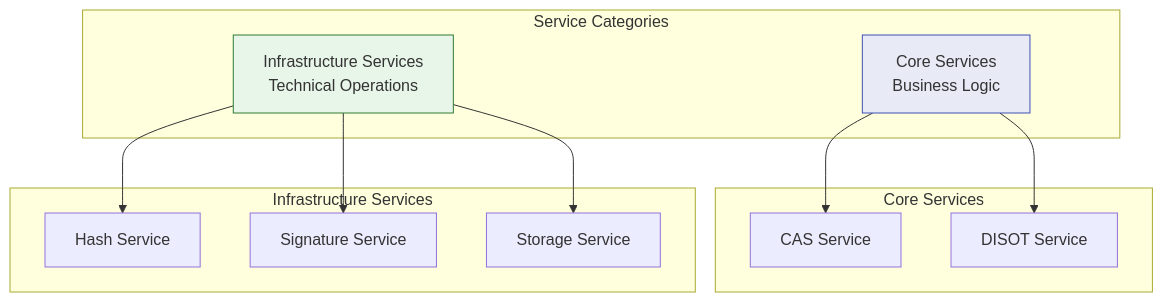
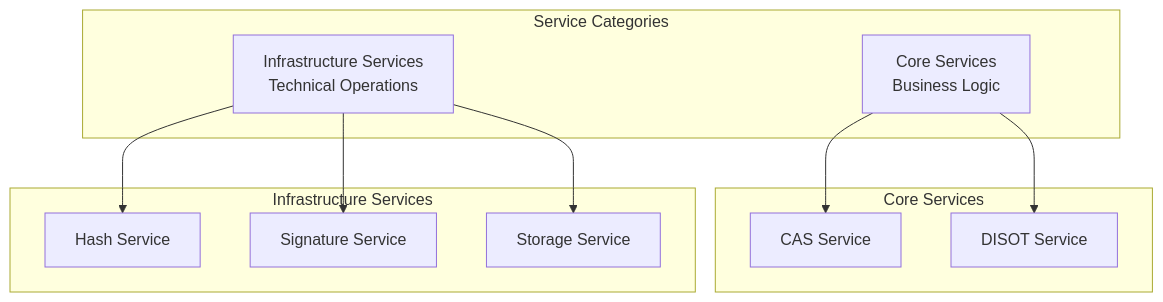
One commit to o2alexanderfedin/angular-cas-disot changed the first of 9 diagrams in docs/services/README.md. Above: the diagram before and after it, drawn with Mermaid. The commit also changed other lines of this file and 18 other files, not shown here.

````diff
--- a/docs/services/README.md
+++ b/docs/services/README.md
@@ -17,27 +17,27 @@
 ```mermaid
 graph TD
     subgraph "Service Categories"
         CORE[Core Services<br/>Business Logic]
         INFRA[Infrastructure Services<br/>Technical Operations]
     end
     
     subgraph "Core Services"
         CAS[CAS Service]
         DISOT[DISOT Service]
     end
     
     subgraph "Infrastructure Services"
         HASH[Hash Service]
         SIG[Signature Service]
         STOR[Storage Service]
     end
     
     CORE --> CAS
     CORE --> DISOT
     INFRA --> HASH
     INFRA --> SIG
     INFRA --> STOR
     
-    style CORE fill:#e8eaf6,stroke:#3f51b5
-    style INFRA fill:#e8f5e9,stroke:#2e7d32
+    
+    
 ```
````
